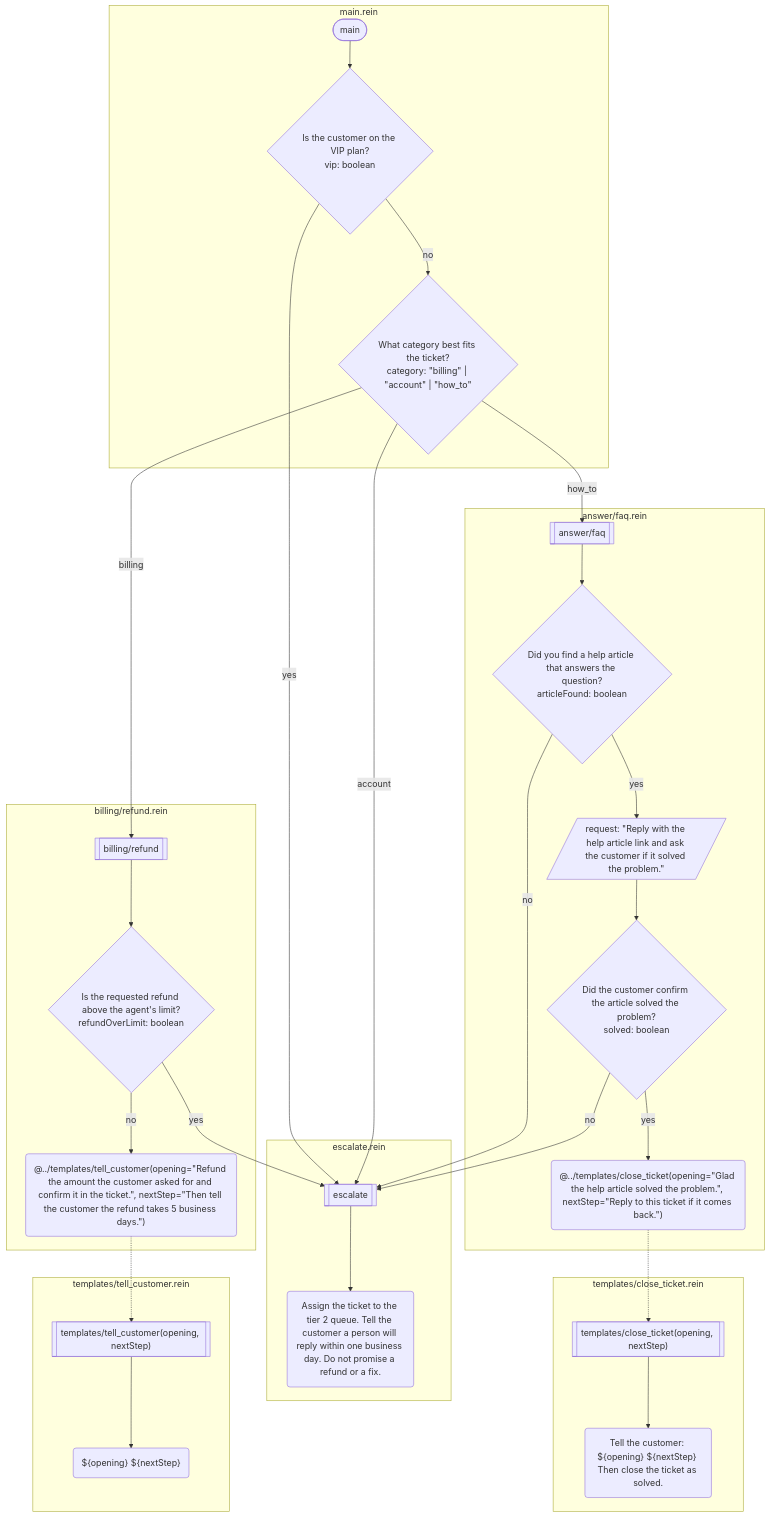
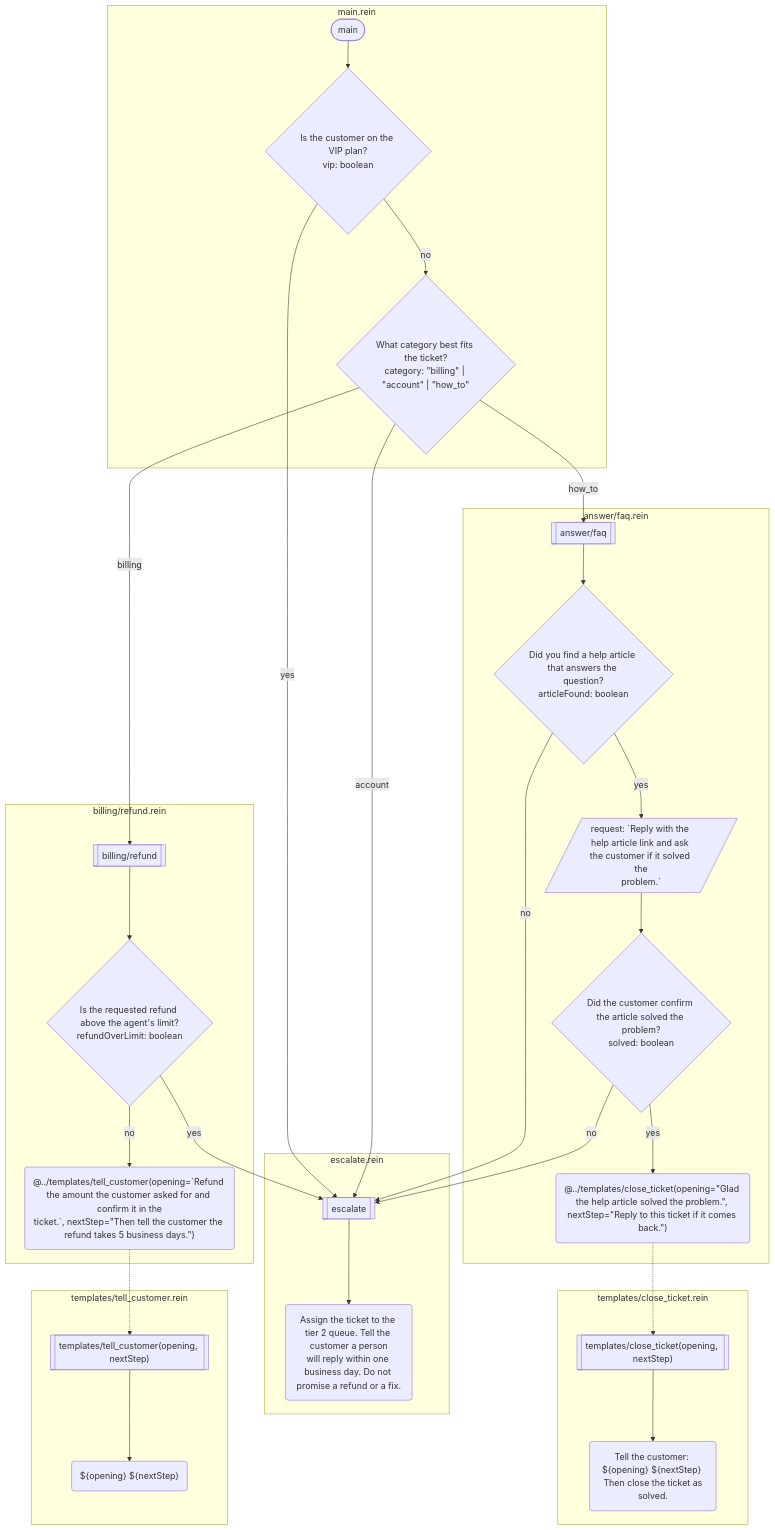
One commit to rein-lang/rein-lang.com changed the diagram in docs/examples/support-ticket.md. Above: the diagram before and after it, drawn with Mermaid. The commit also changed 3 other files, not shown here.

````diff
--- a/docs/examples/support-ticket.md
+++ b/docs/examples/support-ticket.md
@@ -11,52 +11,52 @@
 ```mermaid
 flowchart TD
     subgraph s0 ["answer/faq.rein"]
         f0[["answer/faq"]]
         f0_0{"Did you find a help article that answers the question?<br/>articleFound: boolean"}
-        f0_1[/"request: #quot;Reply with the help article link and ask the customer if it solved the problem.#quot;"/]
+        f0_1[/"request: #96;Reply with the help article link and ask the customer if it solved the<br/>problem.#96;"/]
         f0_2{"Did the customer confirm the article solved the problem?<br/>solved: boolean"}
         f0_3("@../templates/close_ticket(opening=#quot;Glad the help article solved the problem.#quot;, nextStep=#quot;Reply to this ticket if it comes back.#quot;)")
     end
     subgraph s1 ["billing/refund.rein"]
         f1[["billing/refund"]]
         f1_0{"Is the requested refund above the agent's limit?<br/>refundOverLimit: boolean"}
-        f1_1("@../templates/tell_customer(opening=#quot;Refund the amount the customer asked for and confirm it in the ticket.#quot;, nextStep=#quot;Then tell the customer the refund takes 5 business days.#quot;)")
+        f1_1("@../templates/tell_customer(opening=#96;Refund the amount the customer asked for and confirm it in the<br/>ticket.#96;, nextStep=#quot;Then tell the customer the refund takes 5 business days.#quot;)")
     end
     subgraph s2 ["escalate.rein"]
         f2[["escalate"]]
-        f2_0("Assign the ticket to the tier 2 queue. Tell the customer a person will reply within one business day. Do not promise a refund or a fix.")
+        f2_0("Assign the ticket to the tier 2 queue. Tell the customer a person<br/>will reply within one business day. Do not promise a refund or a fix.")
     end
     subgraph s3 ["main.rein"]
         f3(["main"])
         f3_0{"Is the customer on the VIP plan?<br/>vip: boolean"}
         f3_1{"What category best fits the ticket?<br/>category: #quot;billing#quot; | #quot;account#quot; | #quot;how_to#quot;"}
     end
     subgraph s4 ["templates/close_ticket.rein"]
         f4[["templates/close_ticket(opening, nextStep)"]]
-        f4_0("Tell the customer: ${opening} ${nextStep} Then close the ticket as solved.")
+        f4_0("Tell the customer: ${opening} ${nextStep} Then close the ticket as<br/>solved.")
     end
     subgraph s5 ["templates/tell_customer.rein"]
         f5[["templates/tell_customer(opening, nextStep)"]]
         f5_0("${opening} ${nextStep}")
     end
     f0 --> f0_0
     f0_0 -->|"no"| f2
     f0_0 -->|"yes"| f0_1
     f0_1 --> f0_2
     f0_2 -->|"yes"| f0_3
     f0_3 -.-> f4
     f0_2 -->|"no"| f2
     f1 --> f1_0
     f1_0 -->|"yes"| f2
     f1_0 -->|"no"| f1_1
     f1_1 -.-> f5
     f2 --> f2_0
     f3 --> f3_0
     f3_0 -->|"yes"| f2
     f3_0 -->|"no"| f3_1
     f3_1 -->|"billing"| f1
     f3_1 -->|"account"| f2
     f3_1 -->|"how_to"| f0
     f4 --> f4_0
     f5 --> f5_0
 ```
````
